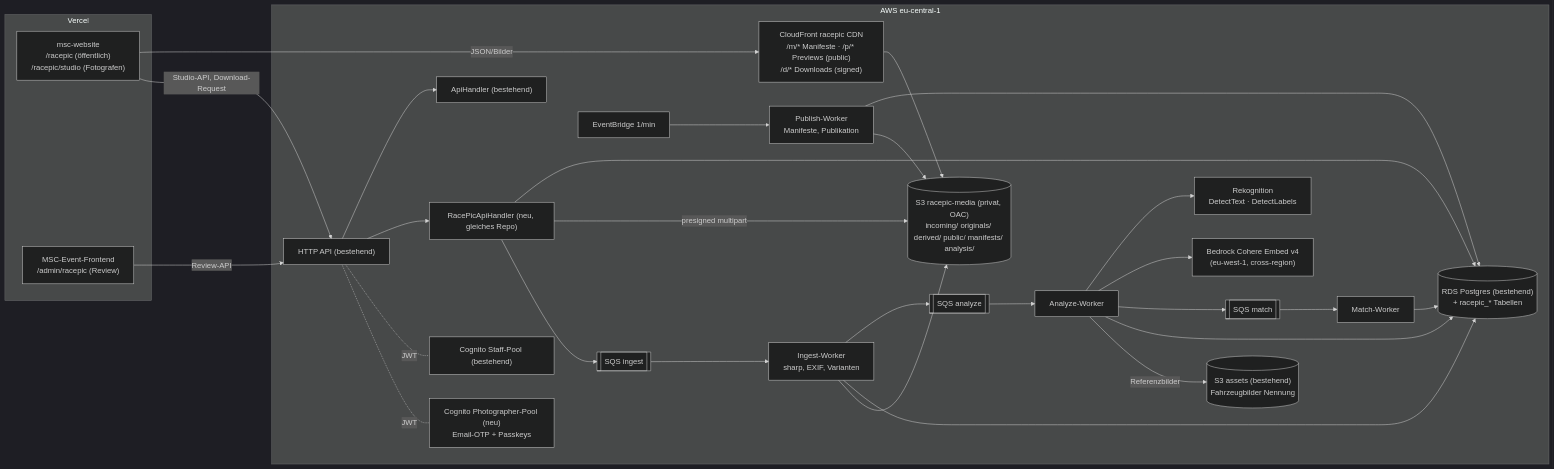
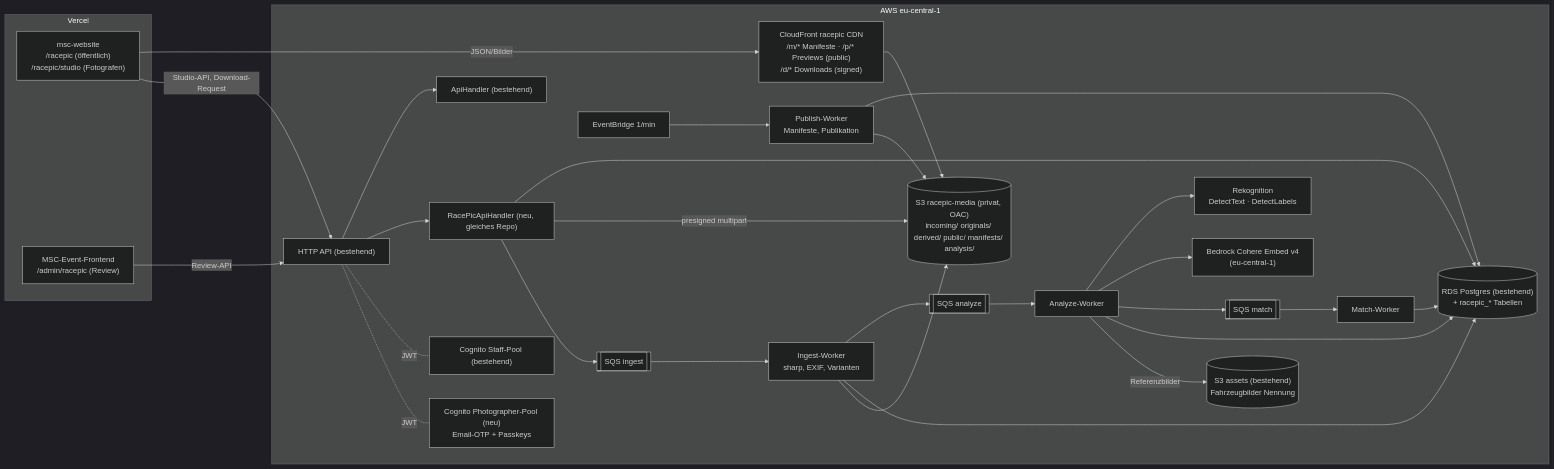
Before and after one commit to vinzenzgeisler/MSC-Event-Frontend: the first of 2 diagrams in docs/memory-bank/racepic-architecture.md, drawn with Mermaid (dark theme). The commit also changed other lines of this file, not shown here.

First line of the commit message:
docs(racepic): sync architecture doc - Bedrock moved to eu-central-1

````diff
--- a/docs/memory-bank/racepic-architecture.md
+++ b/docs/memory-bank/racepic-architecture.md
@@ -42,35 +42,35 @@
 ```mermaid
 flowchart LR
   subgraph Vercel
     WEB["msc-website<br/>/racepic (öffentlich)<br/>/racepic/studio (Fotografen)"]
     NT["MSC-Event-Frontend<br/>/admin/racepic (Review)"]
   end
   subgraph AWS eu-central-1
     CF["CloudFront racepic CDN<br/>/m/* Manifeste · /p/* Previews (public)<br/>/d/* Downloads (signed)"]
     MB[("S3 racepic-media (privat, OAC)<br/>incoming/ originals/ derived/ public/ manifests/ analysis/")]
     AB[("S3 assets (bestehend)<br/>Fahrzeugbilder Nennung")]
     API["HTTP API (bestehend)"]
     CORE["ApiHandler (bestehend)"]
     RPAPI["RacePicApiHandler (neu, gleiches Repo)"]
     COG1["Cognito Staff-Pool (bestehend)"]
     COG2["Cognito Photographer-Pool (neu)<br/>Email-OTP + Passkeys"]
     Q1[[SQS ingest]] --> W1["Ingest-Worker<br/>sharp, EXIF, Varianten"]
     W1 --> Q2[[SQS analyze]] --> W2["Analyze-Worker"]
     W2 --> REK["Rekognition<br/>DetectText · DetectLabels"]
-    W2 --> BR["Bedrock Cohere Embed v4<br/>(eu-west-1, cross-region)"]
+    W2 --> BR["Bedrock Cohere Embed v4<br/>(eu-central-1)"]
     W2 --> Q3[[SQS match]] --> W3["Match-Worker"]
     SCH["EventBridge 1/min"] --> W4["Publish-Worker<br/>Manifeste, Publikation"]
     DB[("RDS Postgres (bestehend)<br/>+ racepic_* Tabellen")]
   end
   WEB -- JSON/Bilder --> CF --> MB
   WEB -- Studio-API, Download-Request --> API
   NT -- Review-API --> API
   API --> CORE & RPAPI
   RPAPI --> DB
   RPAPI -- presigned multipart --> MB
   RPAPI --> Q1
   W1 & W2 & W3 & W4 --> DB
   W1 & W4 --> MB
   W2 -- Referenzbilder --> AB
   API -. JWT .- COG1 & COG2
 ```
````
